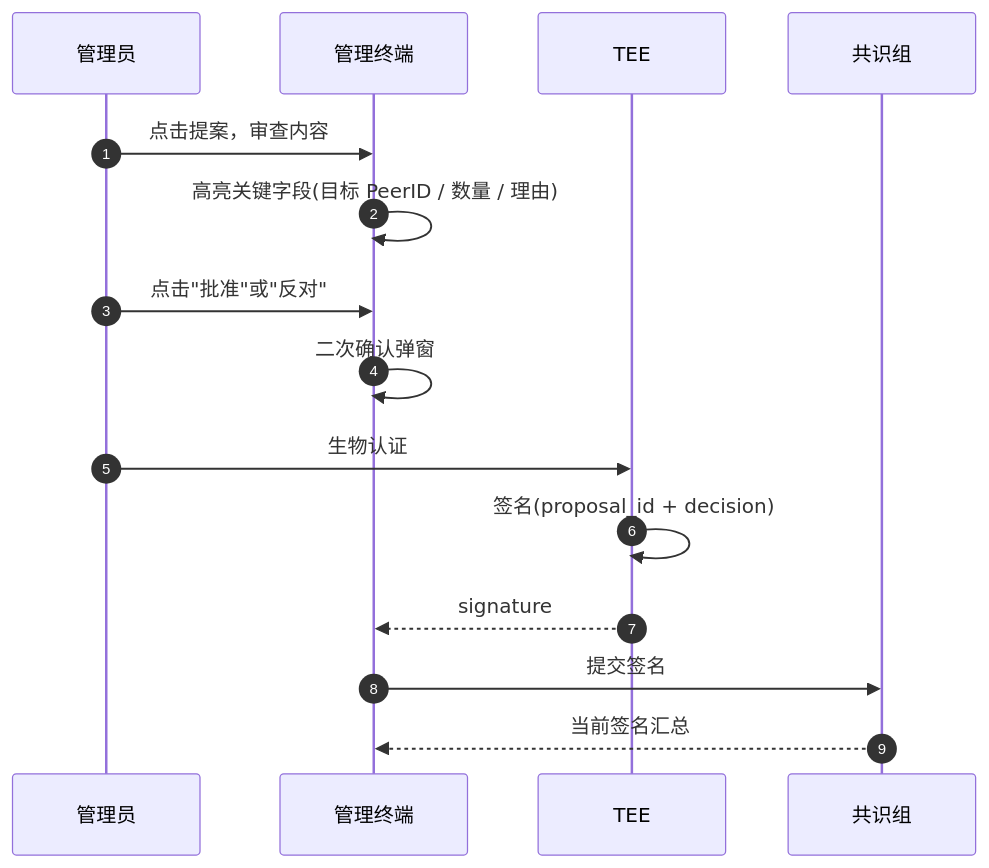
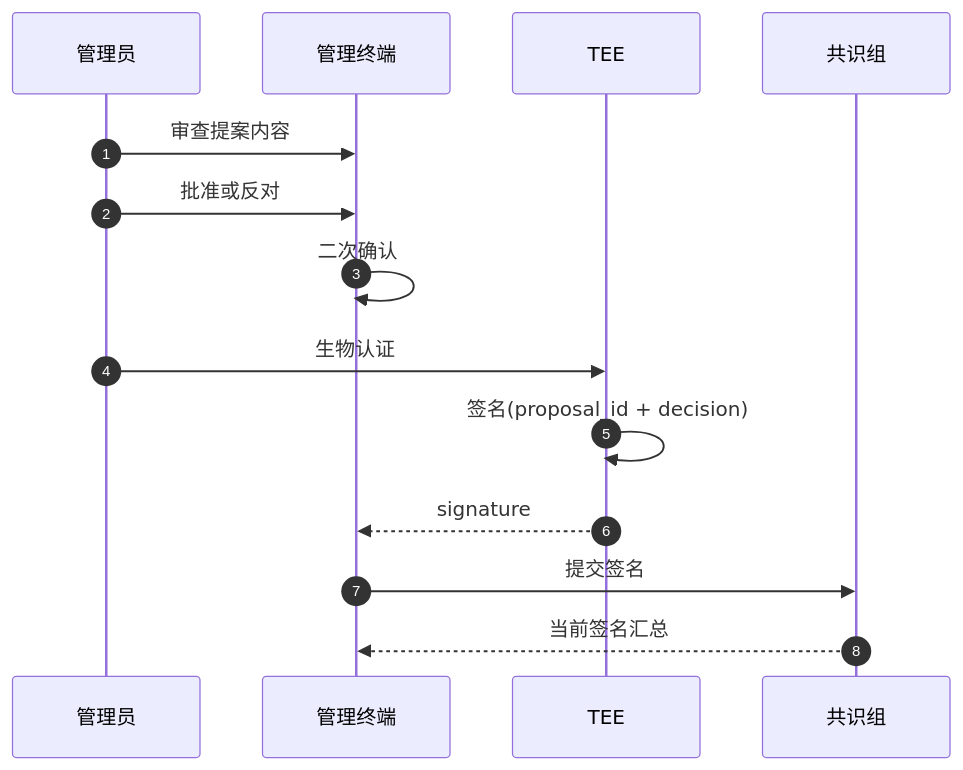
The second of 3 diagrams in pages/components/manager/governance.md (JLUCraft/docs), drawn with Mermaid before and after one commit. The commit also changed other lines of this file and 26 other files, not shown here.

````diff
--- a/pages/components/manager/governance.md
+++ b/pages/components/manager/governance.md
@@ -50,18 +35,17 @@
 ```mermaid
 sequenceDiagram
     autonumber
     participant Op as 管理员
     participant App as 管理终端
     participant TEE
     participant Cons as 共识组
 
-    Op->>App: 点击提案，审查内容
-    App->>App: 高亮关键字段(目标 PeerID / 数量 / 理由)
-    Op->>App: 点击"批准"或"反对"
-    App->>App: 二次确认弹窗
+    Op->>App: 审查提案内容
+    Op->>App: 批准或反对
+    App->>App: 二次确认
     Op->>TEE: 生物认证
     TEE->>TEE: 签名(proposal_id + decision)
     TEE-->>App: signature
     App->>Cons: 提交签名
     Cons-->>App: 当前签名汇总
 ```
````
